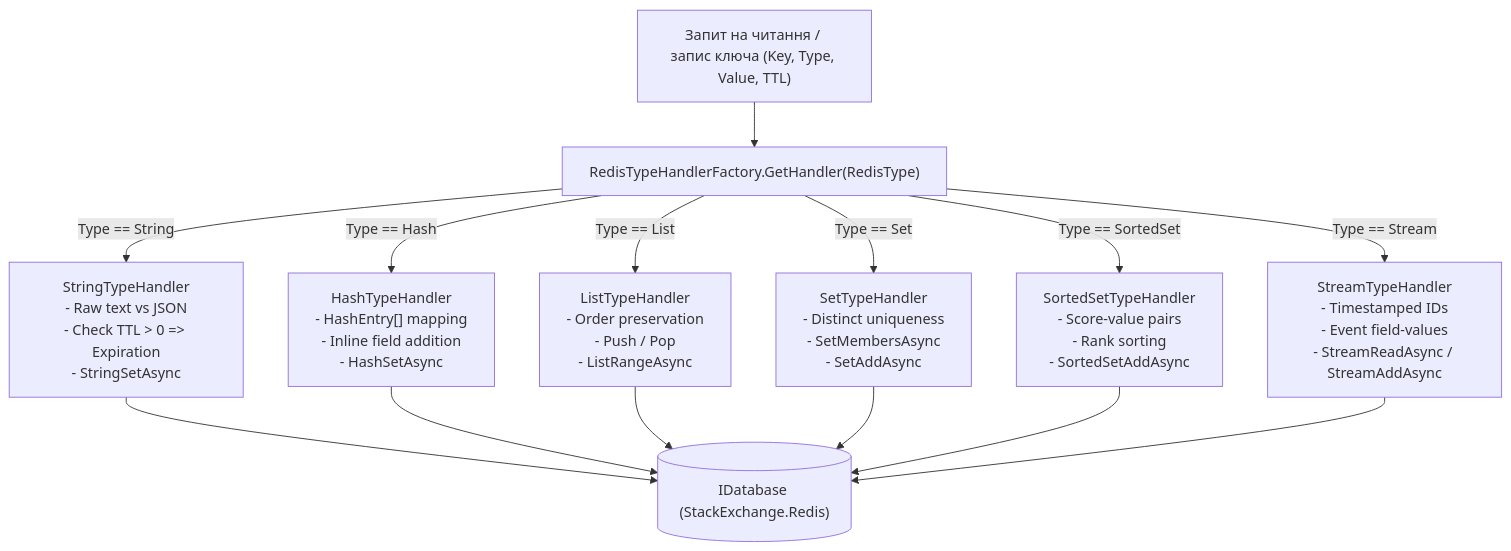
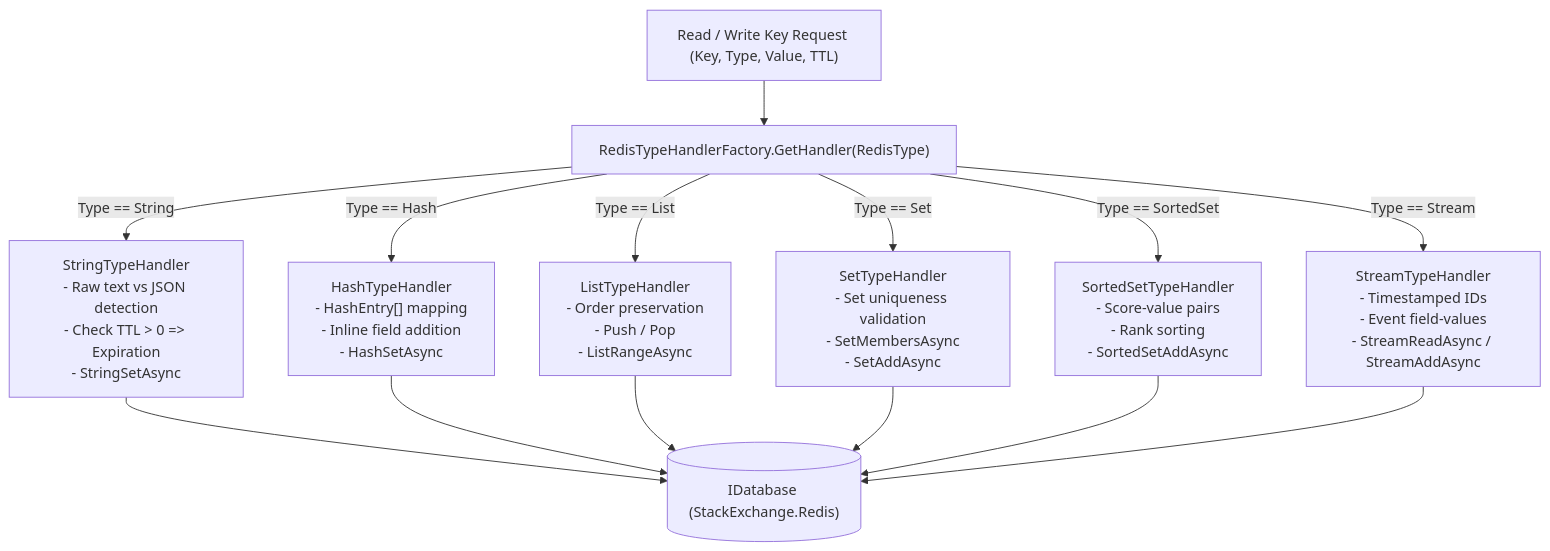
One commit to dellik95/redis-gui changed the fourth of 8 diagrams in docs/diagrams.md. Above: the diagram before and after it, drawn with Mermaid. The commit also changed other lines of this file and 30 other files, not shown here.

````diff
--- a/docs/diagrams.md
+++ b/docs/diagrams.md
@@ -163,21 +163,21 @@
 ```mermaid
 flowchart TD
-    Req["Запит на читання / запис ключа (Key, Type, Value, TTL)"]
+    Req["Read / Write Key Request (Key, Type, Value, TTL)"]
     Factory["RedisTypeHandlerFactory.GetHandler(RedisType)"]
     Req --> Factory
 
-    Factory -->|Type == String| S_Str["StringTypeHandler\n- Raw text vs JSON\n- Check TTL > 0 => Expiration\n- StringSetAsync"]
+    Factory -->|Type == String| S_Str["StringTypeHandler\n- Raw text vs JSON detection\n- Check TTL > 0 => Expiration\n- StringSetAsync"]
     Factory -->|Type == Hash| S_Hash["HashTypeHandler\n- HashEntry[] mapping\n- Inline field addition\n- HashSetAsync"]
     Factory -->|Type == List| S_List["ListTypeHandler\n- Order preservation\n- Push / Pop\n- ListRangeAsync"]
-    Factory -->|Type == Set| S_Set["SetTypeHandler\n- Distinct uniqueness\n- SetMembersAsync\n- SetAddAsync"]
+    Factory -->|Type == Set| S_Set["SetTypeHandler\n- Set uniqueness validation\n- SetMembersAsync\n- SetAddAsync"]
     Factory -->|Type == SortedSet| S_ZSet["SortedSetTypeHandler\n- Score-value pairs\n- Rank sorting\n- SortedSetAddAsync"]
     Factory -->|Type == Stream| S_Stream["StreamTypeHandler\n- Timestamped IDs\n- Event field-values\n- StreamReadAsync / StreamAddAsync"]
 
     DB[("IDatabase (StackExchange.Redis)")]
     S_Str --> DB
     S_Hash --> DB
     S_List --> DB
     S_Set --> DB
     S_ZSet --> DB
     S_Stream --> DB
 ```
````
